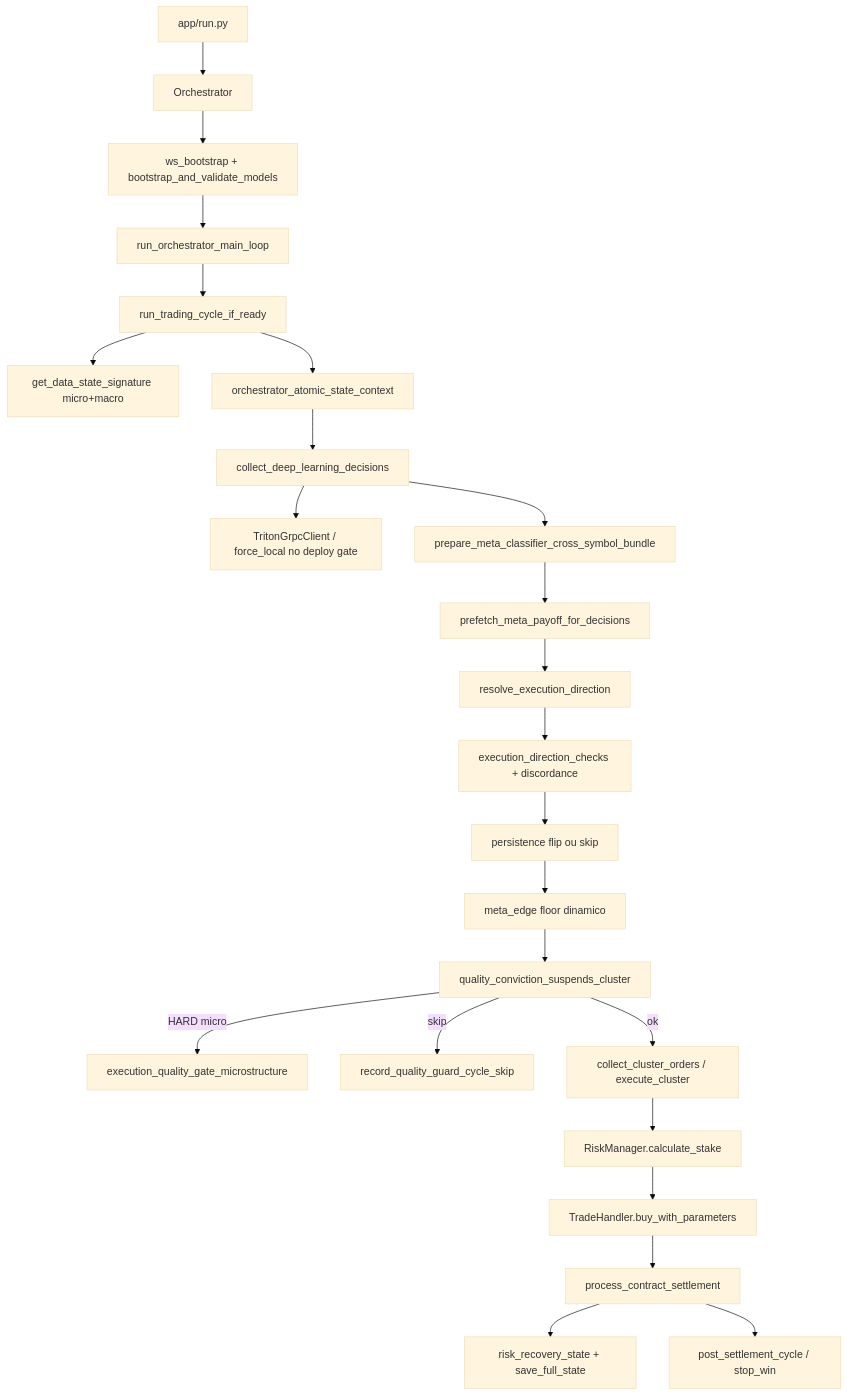
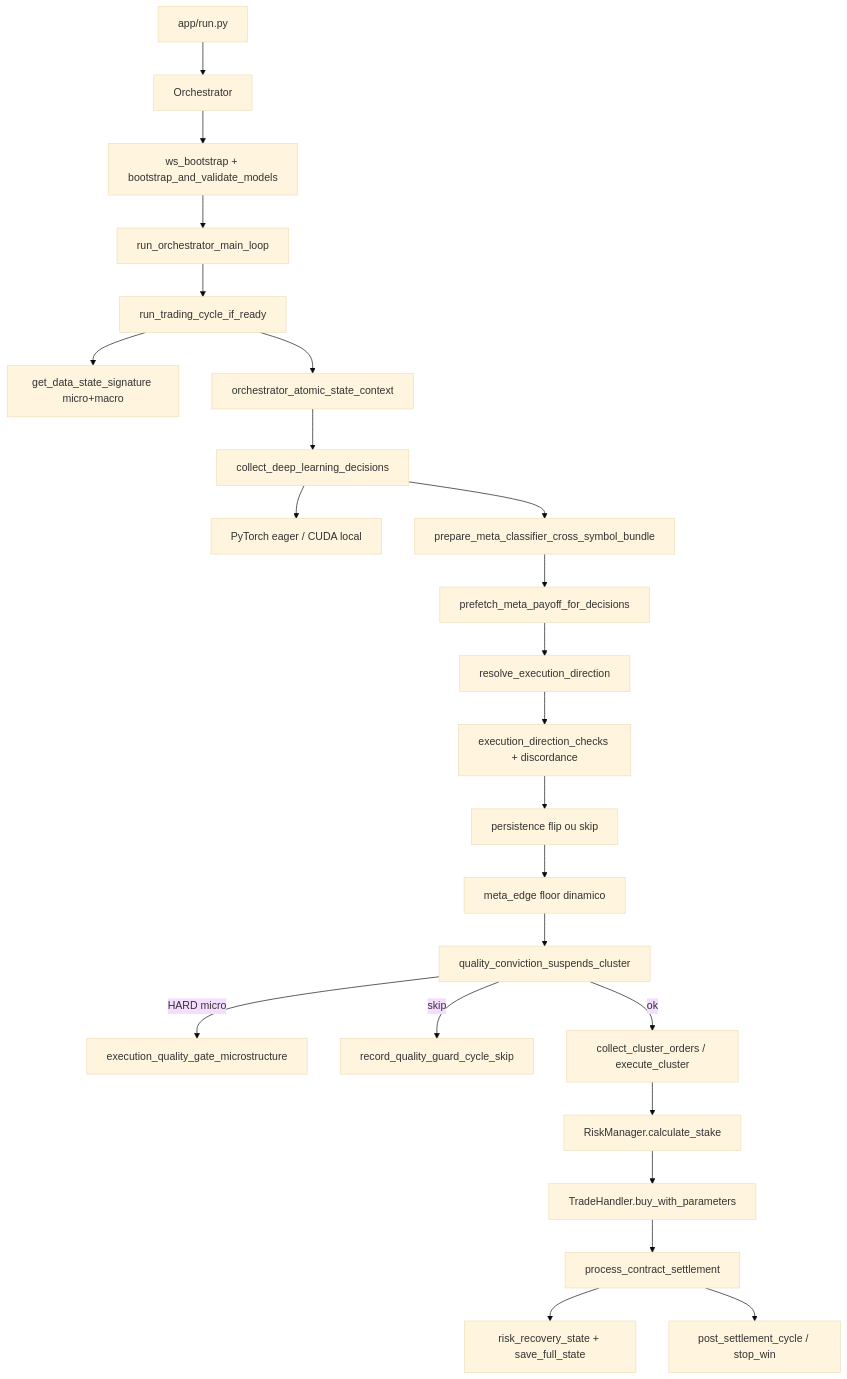
The first of 3 diagrams in docs/arquitetura.md (victorh-silveira/aether-quantum-engine), drawn with Mermaid (base theme) before and after one commit. The commit also changed other lines of this file and 115 other files, not shown here.

````diff
--- a/docs/arquitetura.md
+++ b/docs/arquitetura.md
@@ -78,26 +78,26 @@
 ```mermaid
 flowchart TD
   RUN[app/run.py] --> ORCH[Orchestrator]
   ORCH --> BOOT[ws_bootstrap + bootstrap_and_validate_models]
   BOOT --> LOOP[run_orchestrator_main_loop]
   LOOP --> TC[run_trading_cycle_if_ready]
   TC --> SIG[get_data_state_signature micro+macro]
   TC --> LOCK[orchestrator_atomic_state_context]
   LOCK --> DL[collect_deep_learning_decisions]
-  DL --> TRI[TritonGrpcClient / force_local no deploy gate]
+  DL --> LOCAL[PyTorch eager / CUDA local]
   DL --> BUNDLE[prepare_meta_classifier_cross_symbol_bundle]
   BUNDLE --> META[prefetch_meta_payoff_for_decisions]
   META --> RES[resolve_execution_direction]
   RES --> CHK[execution_direction_checks + discordance]
   CHK --> PSIST[persistence flip ou skip]
   PSIST --> EDGE[meta_edge floor dinamico]
   EDGE --> QG[quality_conviction_suspends_cluster]
   QG -->|HARD micro| MICRO[execution_quality_gate_microstructure]
   QG -->|skip| STV[record_quality_guard_cycle_skip]
   QG -->|ok| COL[collect_cluster_orders / execute_cluster]
   COL --> RM[RiskManager.calculate_stake]
   RM --> TH[TradeHandler.buy_with_parameters]
   TH --> SET[process_contract_settlement]
   SET --> RSC[risk_recovery_state + save_full_state]
   SET --> PSC[post_settlement_cycle / stop_win]
 ```
````
